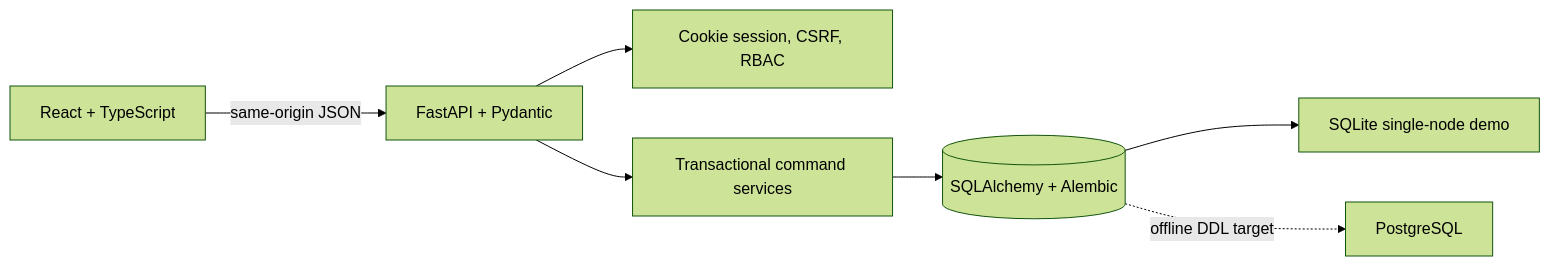
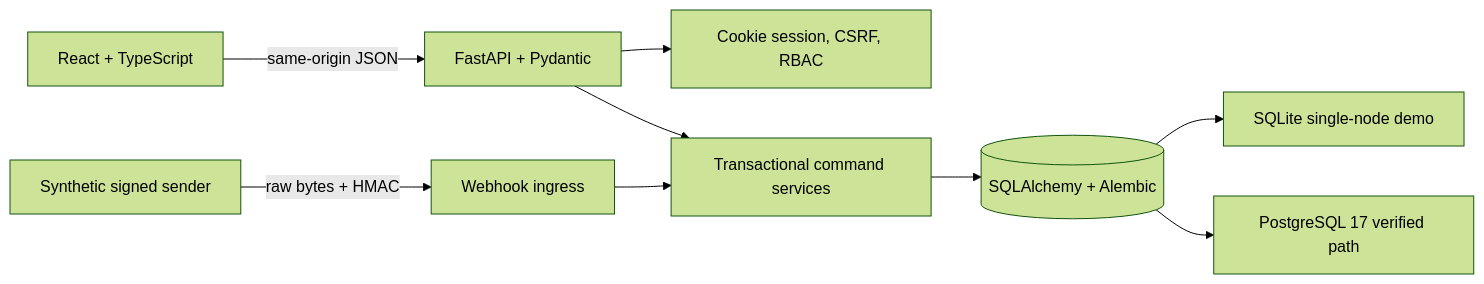
Before and after one commit to Zhang-ZhengHao/commerce-ops-desk: the diagram in README.md, drawn with Mermaid (forest theme). The commit also changed other lines of this file and 8 other files, not shown here.

````diff
--- a/README.md
+++ b/README.md
@@ -32,9 +34,11 @@
 ```mermaid
 flowchart LR
     UI[React + TypeScript] -->|same-origin JSON| API[FastAPI + Pydantic]
     API --> AUTH[Cookie session, CSRF, RBAC]
     API --> SVC[Transactional command services]
+    SENDER[Synthetic signed sender] -->|raw bytes + HMAC| WEBHOOK[Webhook ingress]
+    WEBHOOK --> SVC
     SVC --> DB[(SQLAlchemy + Alembic)]
     DB --> SQLITE[SQLite single-node demo]
-    DB -. offline DDL target .-> PG[PostgreSQL]
+    DB --> PG[PostgreSQL 17 verified path]
 ```
````
